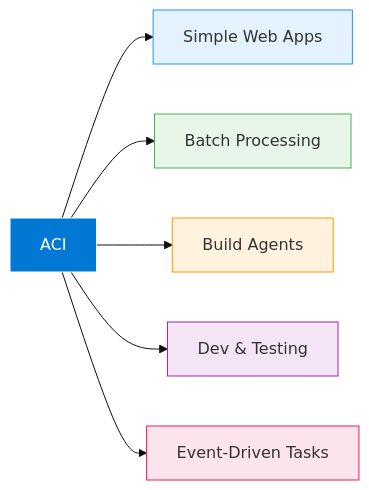
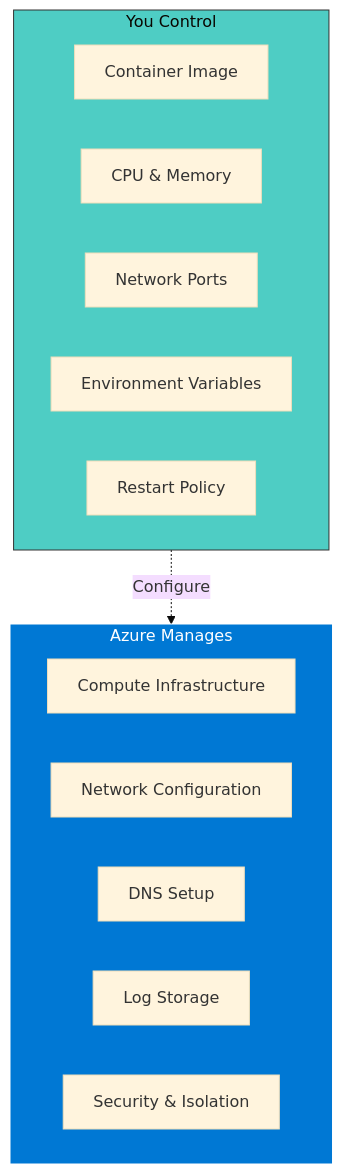
One commit to sixeyed/azure-az204 changed the diagram in slides/aci/005.md. Above: the diagram before and after it, drawn with Mermaid (base theme). The commit also changed other lines of this file and 452 other files, not shown here.

````diff
--- a/slides/aci/005.md
+++ b/slides/aci/005.md
@@ -7,15 +9,23 @@
 ```mermaid
-graph LR
-    ACI[ACI] --> Web[Simple Web Apps]
-    ACI --> Batch[Batch Processing]
-    ACI --> Build[Build Agents]
-    ACI --> Dev[Dev & Testing]
-    ACI --> Event[Event-Driven Tasks]
+graph TB
+    subgraph Azure["Azure Manages"]
+        Compute[Compute Infrastructure]
+        Network[Network Configuration]
+        DNS[DNS Setup]
+        Logs[Log Storage]
+        Security[Security & Isolation]
+    end
 
-    style ACI fill:#0078d4,stroke:#fff,color:#fff
-    style Web fill:#e3f2fd,stroke:#2196f3
-    style Batch fill:#e8f5e9,stroke:#4caf50
-    style Build fill:#fff3e0,stroke:#ff9800
-    style Dev fill:#f3e5f5,stroke:#9c27b0
-    style Event fill:#fce4ec,stroke:#e91e63
+    subgraph You["You Control"]
+        Image[Container Image]
+        Resources[CPU & Memory]
+        Ports[Network Ports]
+        Env[Environment Variables]
+        Policy[Restart Policy]
+    end
+
+    You -.->|Configure| Azure
+
+    style Azure fill:#0078d4,stroke:#fff,color:#fff
+    style You fill:#4ecdc4,stroke:#333
 ```
````
